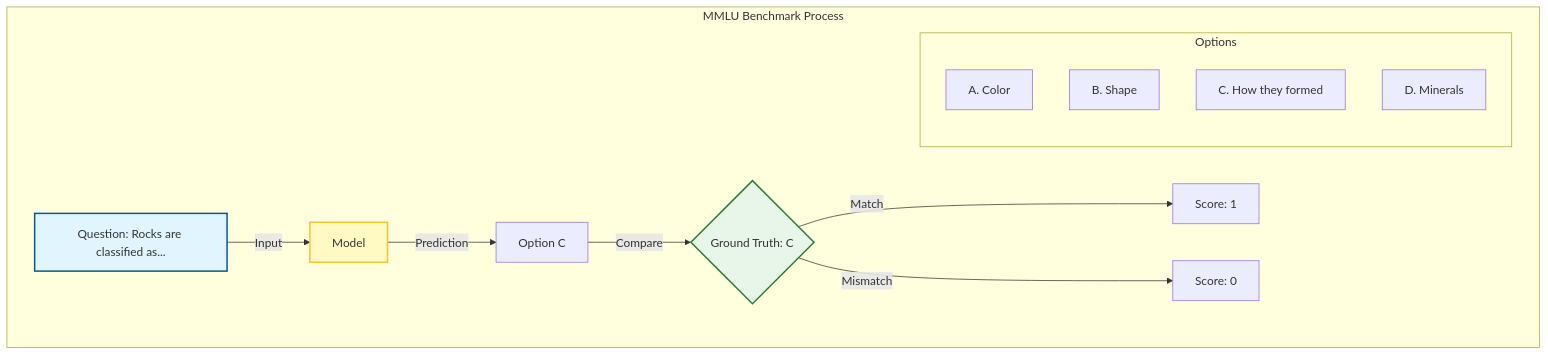
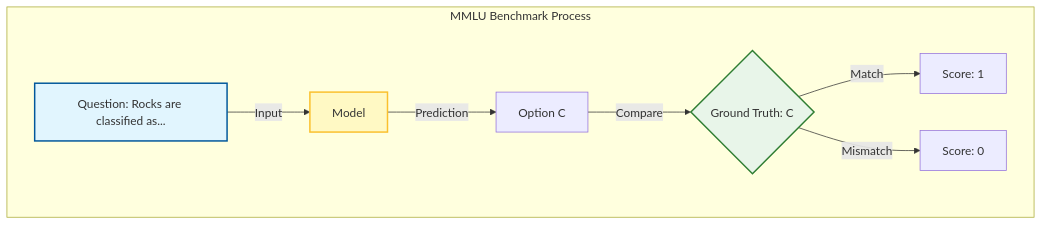
The first of 4 diagrams in articles/007-model-evaluation.md (harshitha-8/Tech-Demystified), drawn with Mermaid before and after one commit. The commit also changed other lines of this file and 9 other files, not shown here.

````diff
--- a/articles/007-model-evaluation.md
+++ b/articles/007-model-evaluation.md
@@ -90,23 +90,14 @@
 ```mermaid
 graph TD
     subgraph "MMLU Benchmark Process"
     Q[Question: Rocks are classified as...] -->|Input| M[Model]
-    
-    subgraph "Options"
-    O1[A. Color]
-    O2[B. Shape]
-    O3[C. How they formed]
-    O4[D. Minerals]
-    end
-    
     M -->|Prediction| P[Option C]
-    
     P -->|Compare| GT{Ground Truth: C}
     GT -->|Match| S1[Score: 1]
     GT -->|Mismatch| S0[Score: 0]
     end
     
     style Q fill:#e1f5fe,stroke:#01579b,stroke-width:2px
     style M fill:#fff9c4,stroke:#fbc02d,stroke-width:2px
     style GT fill:#e8f5e9,stroke:#2e7d32,stroke-width:2px
 ```
````
